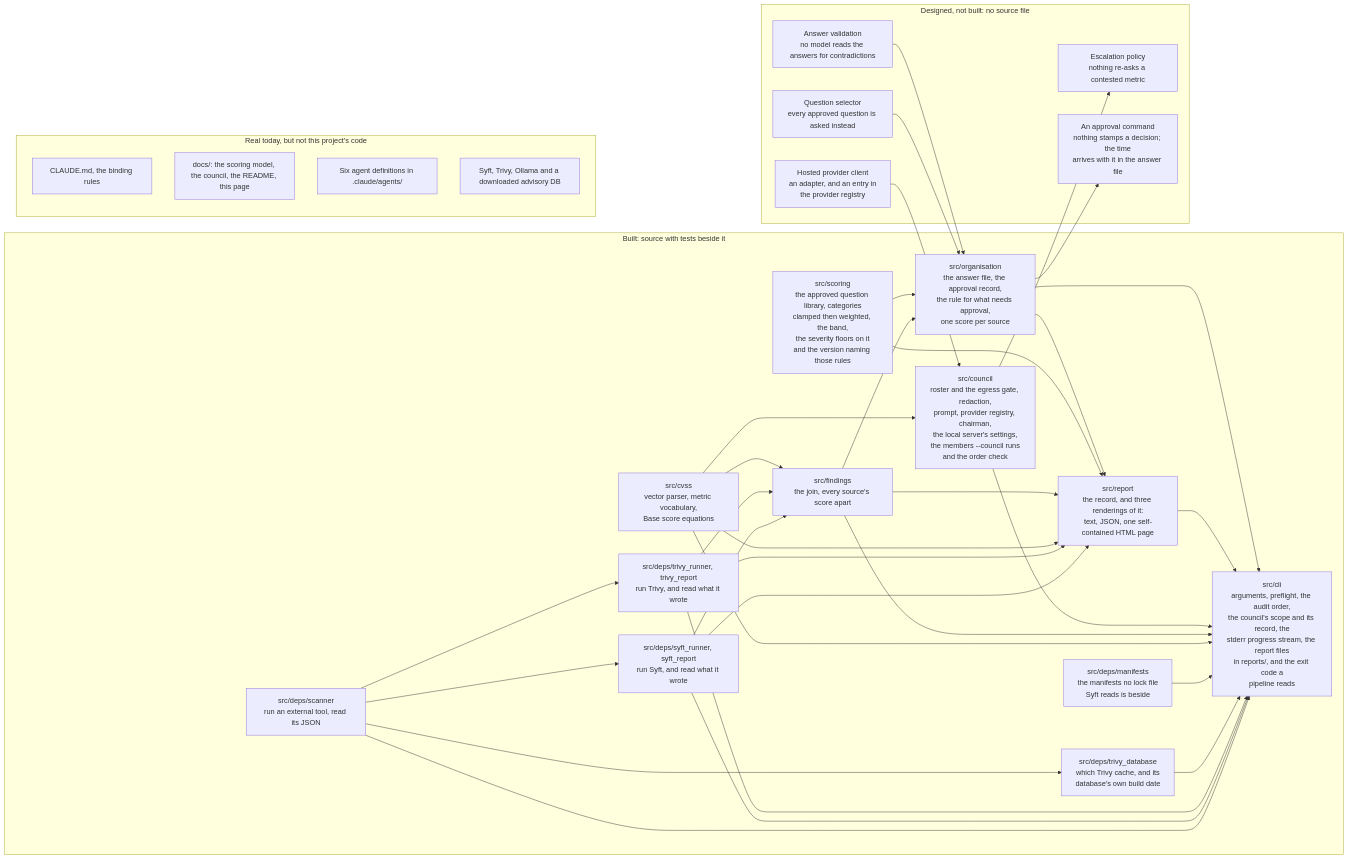
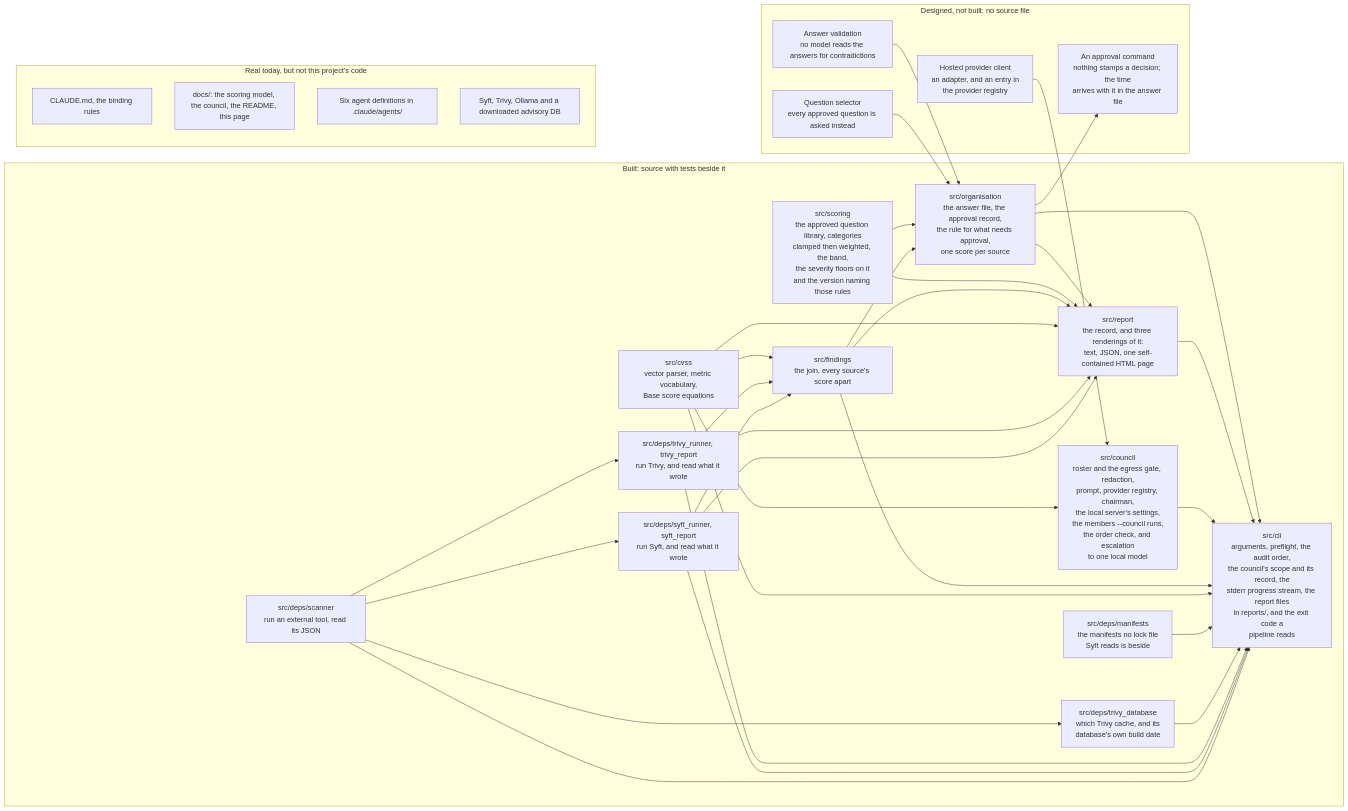
One commit to heinthtnaung/AgenticLLMAppAuditor changed the fifth of 5 diagrams in docs/diagrams.md. Above: the diagram before and after it, drawn with Mermaid. The commit also changed other lines of this file and 58 other files, not shown here.

Commit message:
Escalate an open metric to a larger local model

````diff
--- a/docs/diagrams.md
+++ b/docs/diagrams.md
@@ -535,63 +555,61 @@
 ```mermaid
 flowchart LR
     subgraph BUILT["Built: source with tests beside it"]
         b0["src/deps/scanner<br/>run an external tool, read its JSON"]
         b1["src/deps/syft_runner, syft_report<br/>run Syft, and read what it wrote"]
         b2["src/deps/trivy_runner, trivy_report<br/>run Trivy, and read what it wrote"]
         b3["src/deps/trivy_database<br/>which Trivy cache, and its<br/>database's own build date"]
         b11["src/deps/manifests<br/>the manifests no lock file<br/>Syft reads is beside"]
         b4["src/cvss<br/>vector parser, metric vocabulary,<br/>Base score equations"]
         b5["src/findings<br/>the join, every source's score apart"]
-        b7["src/council<br/>roster and the egress gate, redaction,<br/>prompt, provider registry, chairman,<br/>the local server's settings,<br/>the members --council runs<br/>and the order check"]
+        b7["src/council<br/>roster and the egress gate, redaction,<br/>prompt, provider registry, chairman,<br/>the local server's settings,<br/>the members --council runs,<br/>the order check, and escalation<br/>to one local model"]
         b8["src/report<br/>the record, and three renderings of it:<br/>text, JSON, one self-contained HTML page"]
         b9["src/cli<br/>arguments, preflight, the audit order,<br/>the council's scope and its record, the<br/>stderr progress stream, the report files<br/>in reports/, and the exit code a<br/>pipeline reads"]
         b6["src/scoring<br/>the approved question library, categories<br/>clamped then weighted, the band,<br/>the severity floors on it<br/>and the version naming those rules"]
         b10["src/organisation<br/>the answer file, the approval record,<br/>the rule for what needs approval,<br/>one score per source"]
         b0 --> b1
         b0 --> b2
         b0 --> b3
         b0 --> b9
         b1 --> b5
         b1 --> b8
         b1 --> b9
         b2 --> b5
         b2 --> b8
         b2 --> b9
         b3 --> b9
         b11 --> b9
         b4 --> b5
         b4 --> b7
         b4 --> b8
         b4 --> b9
         b5 --> b8
         b5 --> b9
         b5 --> b10
         b6 --> b8
         b6 --> b10
         b7 --> b9
         b8 --> b9
         b10 --> b8
         b10 --> b9
     end
 
     subgraph UNBUILT["Designed, not built: no source file"]
         d2["Question selector<br/>every approved question is asked instead"]
         d3["Answer validation<br/>no model reads the answers for contradictions"]
         d6["Hosted provider client<br/>an adapter, and an entry in<br/>the provider registry"]
-        d11["Escalation policy<br/>nothing re-asks a contested metric"]
         d12["An approval command<br/>nothing stamps a decision; the time<br/>arrives with it in the answer file"]
     end
 
     d6 --> b7
-    b7 --> d11
     d2 --> b10
     d3 --> b10
     b10 --> d12
 
     subgraph REAL["Real today, but not this project's code"]
         x1["CLAUDE.md, the binding rules"]
         x2["docs/: the scoring model, the council, the README, this page"]
         x3["Six agent definitions in .claude/agents/"]
         x4["Syft, Trivy, Ollama and a downloaded advisory DB"]
     end
 ```
````
